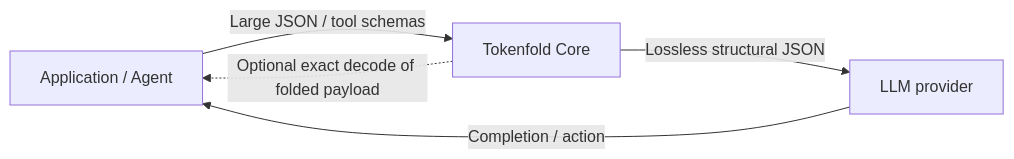
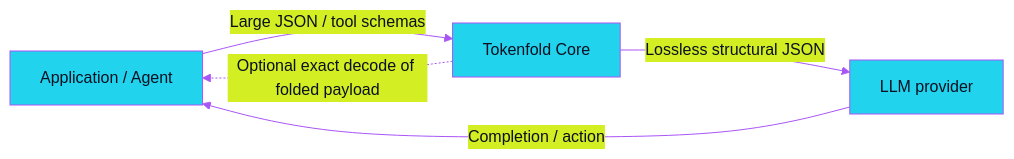
One commit to snchimata/tokenfold changed the second of 4 diagrams in README.md. Above: the diagram before and after it, drawn with Mermaid. The commit also changed other lines of this file and 6 other files, not shown here.

````diff
--- a/README.md
+++ b/README.md
@@ -63,7 +128,8 @@
 ```mermaid
+%%{init: {"theme": "base", "themeVariables": {"primaryColor": "#22D3EE", "primaryTextColor": "#0b1020", "primaryBorderColor": "#A855F7", "lineColor": "#A855F7", "fontFamily": "ui-sans-serif, system-ui, sans-serif"}}}%%
 flowchart LR
     App[Application / Agent] -->|Large JSON / tool schemas| TF[Tokenfold Core]
     TF -->|Lossless structural JSON| LLM[LLM provider]
     LLM -->|Completion / action| App
     TF -.->|Optional exact decode of folded payload| App
 ```
````
